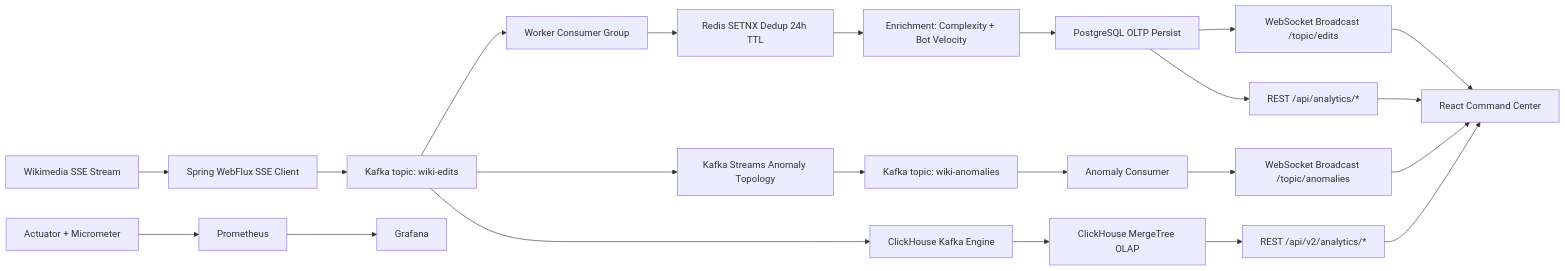
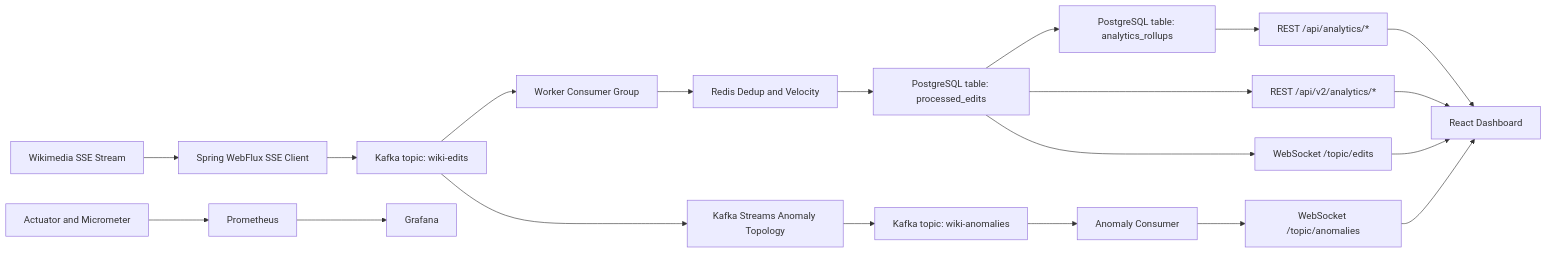
One commit to DMJain/WikiPulse changed the diagram in README.md. Above: the diagram before and after it, drawn with Mermaid. The commit also changed other lines of this file and 14 other files, not shown here.

````diff
--- a/README.md
+++ b/README.md
@@ -115,29 +78,28 @@
 ```mermaid
 flowchart LR
   A[Wikimedia SSE Stream] --> B[Spring WebFlux SSE Client]
   B --> C[Kafka topic: wiki-edits]
 
   C --> D[Worker Consumer Group]
-  D --> E[Redis SETNX Dedup 24h TTL]
-  E --> F[Enrichment: Complexity + Bot Velocity]
-  F --> G[PostgreSQL OLTP Persist]
-  G --> H[WebSocket Broadcast /topic/edits]
+  D --> E[Redis Dedup and Velocity]
+  E --> F[PostgreSQL table: processed_edits]
+  F --> G[PostgreSQL table: analytics_rollups]
 
-  C --> I[Kafka Streams Anomaly Topology]
-  I --> J[Kafka topic: wiki-anomalies]
-  J --> K[Anomaly Consumer]
-  K --> L[WebSocket Broadcast /topic/anomalies]
+  G --> H[REST /api/analytics/*]
+  F --> I[REST /api/v2/analytics/*]
 
-  C --> M[ClickHouse Kafka Engine]
-  M --> N[ClickHouse MergeTree OLAP]
+  C --> J[Kafka Streams Anomaly Topology]
+  J --> K[Kafka topic: wiki-anomalies]
+  K --> L[Anomaly Consumer]
 
-  G --> O[REST /api/analytics/*]
-  N --> P[REST /api/v2/analytics/*]
-  H --> Q[React Command Center]
-  L --> Q
-  O --> Q
-  P --> Q
+  F --> M[WebSocket /topic/edits]
+  L --> N[WebSocket /topic/anomalies]
 
-  R[Actuator + Micrometer] --> S[Prometheus]
-  S --> T[Grafana]
+  H --> O[React Dashboard]
+  I --> O
+  M --> O
+  N --> O
+
+  P[Actuator and Micrometer] --> Q[Prometheus]
+  Q --> R[Grafana]
 ```
````
